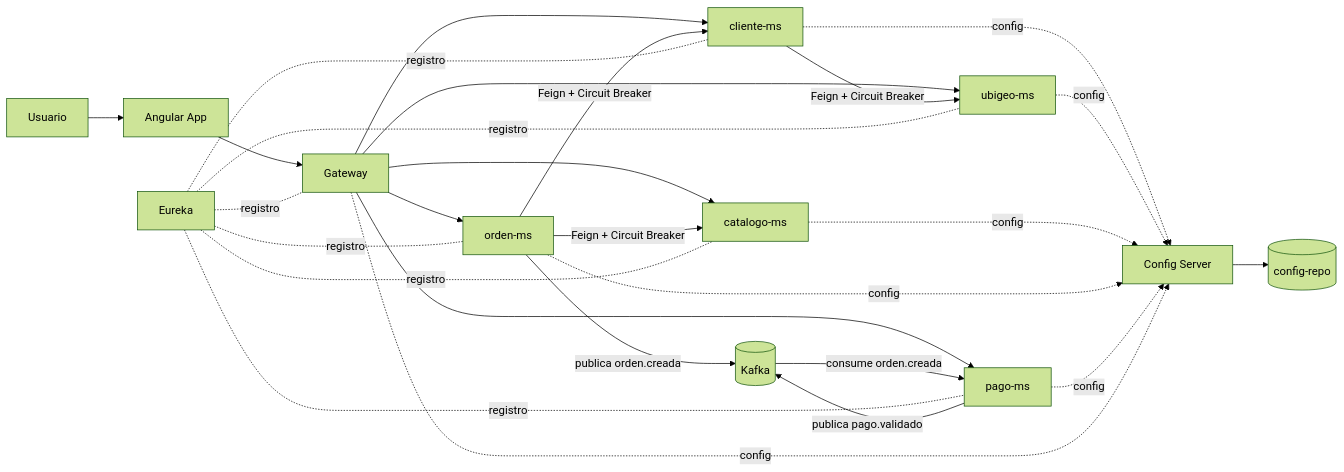
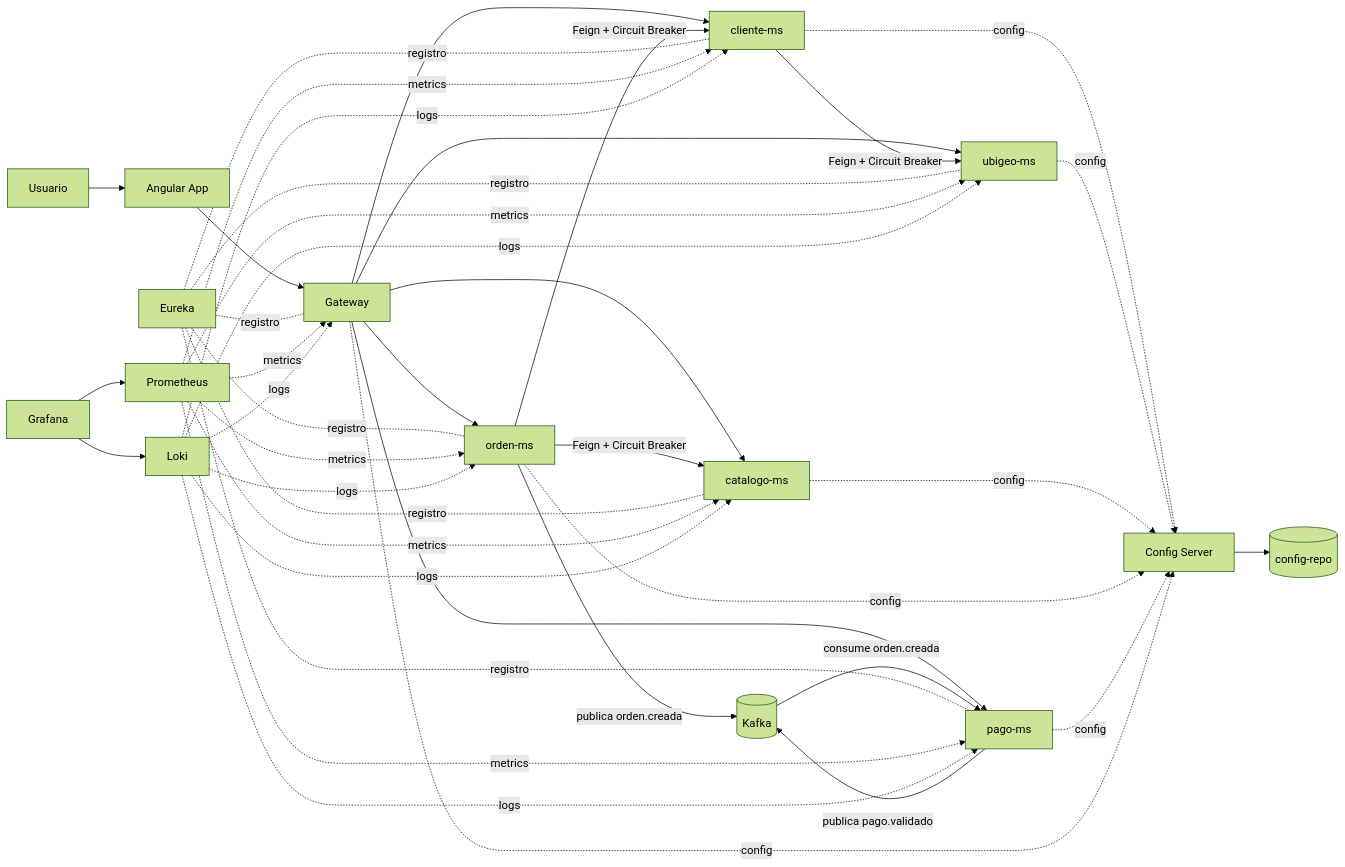
One commit to 262dist/pagatu changed the third of 3 diagrams in README.md. Above: the diagram before and after it, drawn with Mermaid (forest theme). The commit also changed other lines of this file and 1 other file, not shown here.

````diff
--- a/README.md
+++ b/README.md
@@ -60,35 +69,51 @@
 ```mermaid
 flowchart LR
     usuario[Usuario] --> angular[Angular App]
     angular --> gateway[Gateway]
 
     gateway --> cliente[cliente-ms]
     gateway --> ubigeo[ubigeo-ms]
     gateway --> catalogo[catalogo-ms]
     gateway --> orden[orden-ms]
     gateway --> pago[pago-ms]
 
     cliente -- Feign + Circuit Breaker --> ubigeo
     orden -- Feign + Circuit Breaker --> cliente
     orden -- Feign + Circuit Breaker --> catalogo
 
     orden -- publica orden.creada --> kafka[(Kafka)]
     kafka -- consume orden.creada --> pago
     pago -- publica pago.validado --> kafka
 
     config[Config Server] --> configrepo[(config-repo)]
     cliente -. config .-> config
     ubigeo -. config .-> config
     catalogo -. config .-> config
     orden -. config .-> config
     pago -. config .-> config
     gateway -. config .-> config
 
     eureka[Eureka] -. registro .- cliente
     eureka -. registro .- ubigeo
     eureka -. registro .- catalogo
     eureka -. registro .- orden
     eureka -. registro .- pago
     eureka -. registro .- gateway
 
+    prometheus[Prometheus] -. metrics .-> gateway
+    prometheus -. metrics .-> cliente
+    prometheus -. metrics .-> ubigeo
+    prometheus -. metrics .-> catalogo
+    prometheus -. metrics .-> orden
+    prometheus -. metrics .-> pago
+
+    loki[Loki] -. logs .-> gateway
+    loki -. logs .-> cliente
+    loki -. logs .-> ubigeo
+    loki -. logs .-> catalogo
+    loki -. logs .-> orden
+    loki -. logs .-> pago
+
+    grafana[Grafana] --> prometheus
+    grafana --> loki
 ```
````
